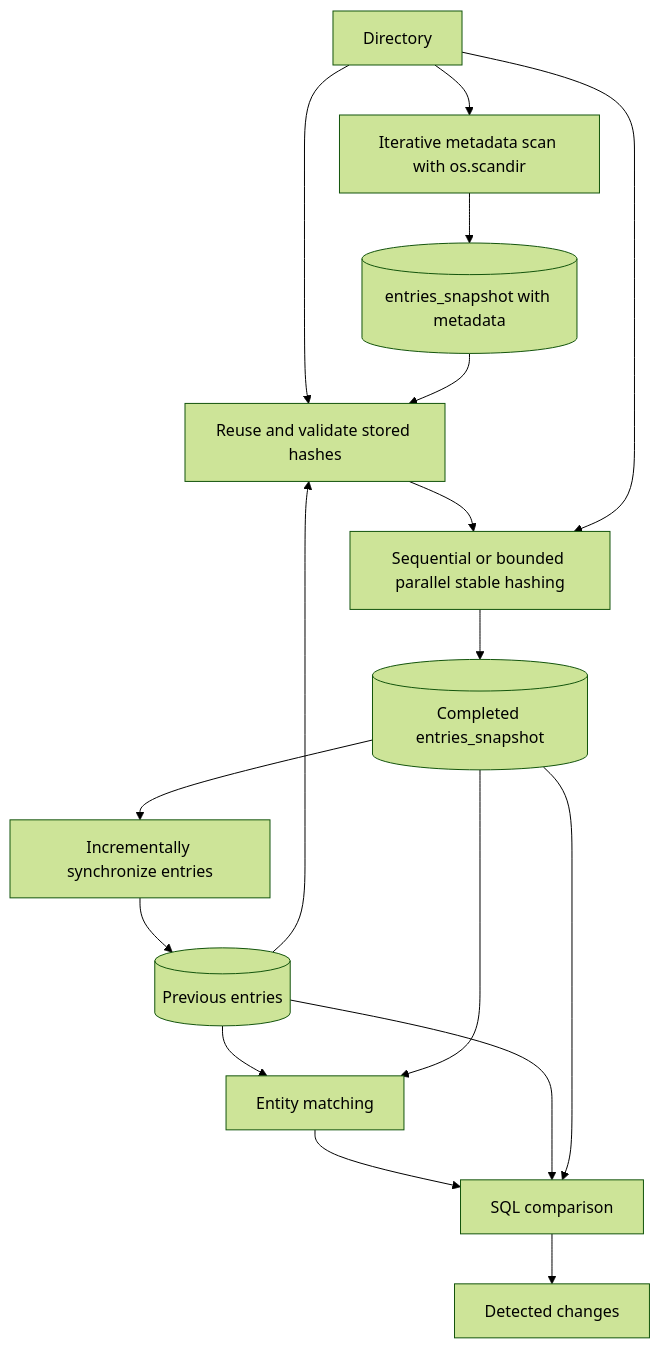
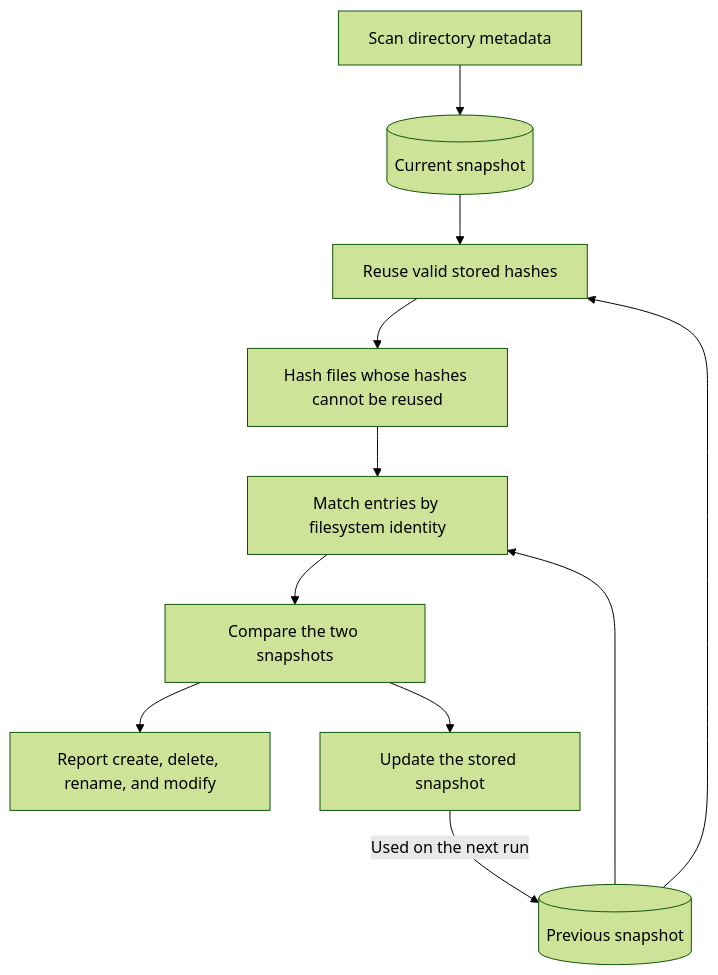
Before and after one commit to maximmuss699/Directory-scanner-wth-database: the first of 2 diagrams in README.md, drawn with Mermaid (forest theme). The commit also changed other lines of this file and 8 other files, not shown here.

````diff
--- a/README.md
+++ b/README.md
@@ -45,19 +50,13 @@
 ```mermaid
 flowchart TD
-    A[Directory] --> B[Iterative metadata scan with os.scandir]
-    B --> C[(entries_snapshot with metadata)]
-    A --> R[Reuse and validate stored hashes]
-    C --> R
-    D[(Previous entries)] --> R
-    R --> H[Sequential or bounded parallel stable hashing]
-    A --> H
-    H --> S[(Completed entries_snapshot)]
-    D[(Previous entries)] --> M[Entity matching]
-    S --> M
-    M --> E[SQL comparison]
-    D --> E
-    S --> E
-    E --> F[Detected changes]
-    S --> G[Incrementally synchronize entries]
-    G --> D
+    A[Scan directory metadata] --> B[(Current snapshot)]
+    B --> C[Reuse valid stored hashes]
+    P[(Previous snapshot)] --> C
+    C --> D[Hash files whose hashes cannot be reused]
+    D --> E[Match entries by filesystem identity]
+    P --> E
+    E --> F[Compare the two snapshots]
+    F --> G[Report create, delete, rename, and modify]
+    F --> H[Update the stored snapshot]
+    H -->|Used on the next run| P
 ```
````
